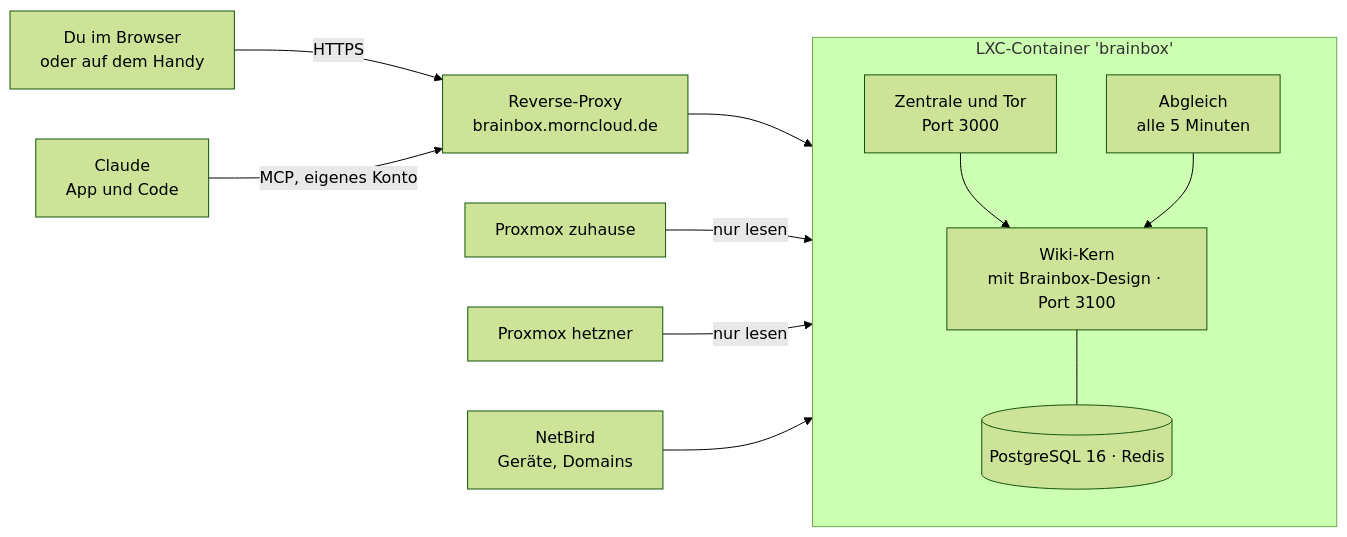
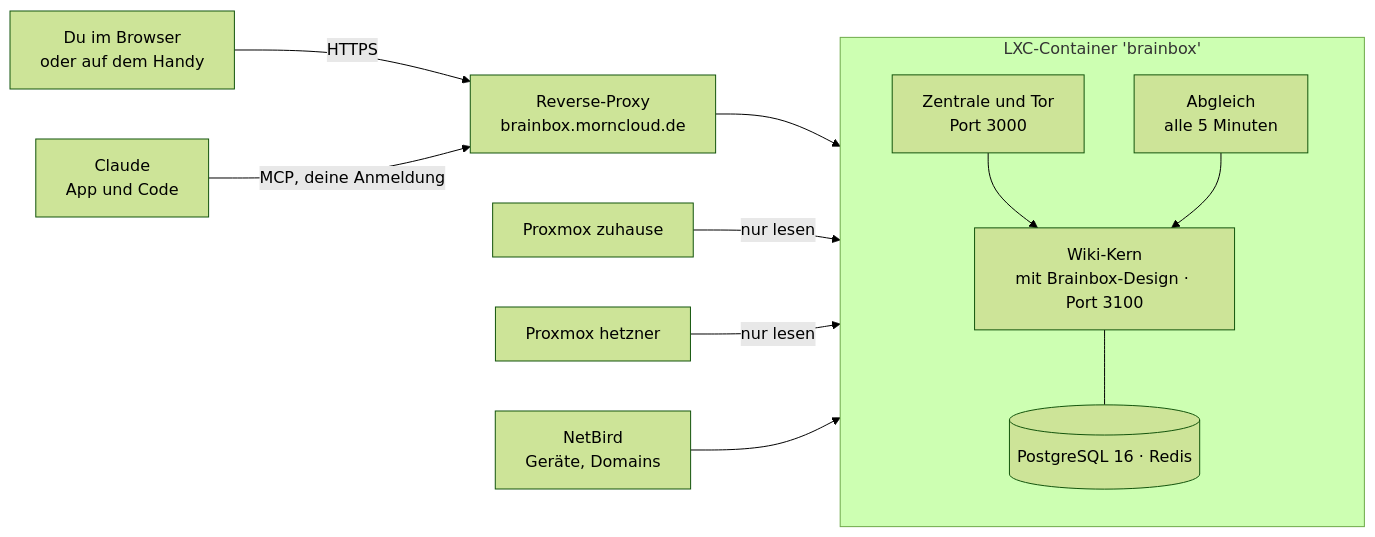
Before and after one commit to pmornhart/Brainbox: the diagram in README.md, drawn with Mermaid (forest theme). The commit also changed other lines of this file and 17 other files, not shown here.

````diff
--- a/README.md
+++ b/README.md
@@ -226,15 +249,15 @@
 ```mermaid
 flowchart LR
   U["Du im Browser<br/>oder auf dem Handy"] -- HTTPS --> RP["Reverse-Proxy<br/>brainbox.morncloud.de"]
-  C["Claude<br/>App und Code"] -- "MCP, eigenes Konto" --> RP
+  C["Claude<br/>App und Code"] -- "MCP, deine Anmeldung" --> RP
   RP --> Z
   subgraph CT["LXC-Container 'brainbox'"]
     direction TB
     Z["Zentrale und Tor<br/>Port 3000"] --> K["Wiki-Kern<br/>mit Brainbox-Design · Port 3100"]
     K --- DB[("PostgreSQL 16 · Redis")]
     S["Abgleich<br/>alle 5 Minuten"] --> K
   end
   P1["Proxmox zuhause"] -- "nur lesen" --> S
   P2["Proxmox hetzner"] -- "nur lesen" --> S
   NB["NetBird<br/>Geräte, Domains"] --> S
 ```
````
